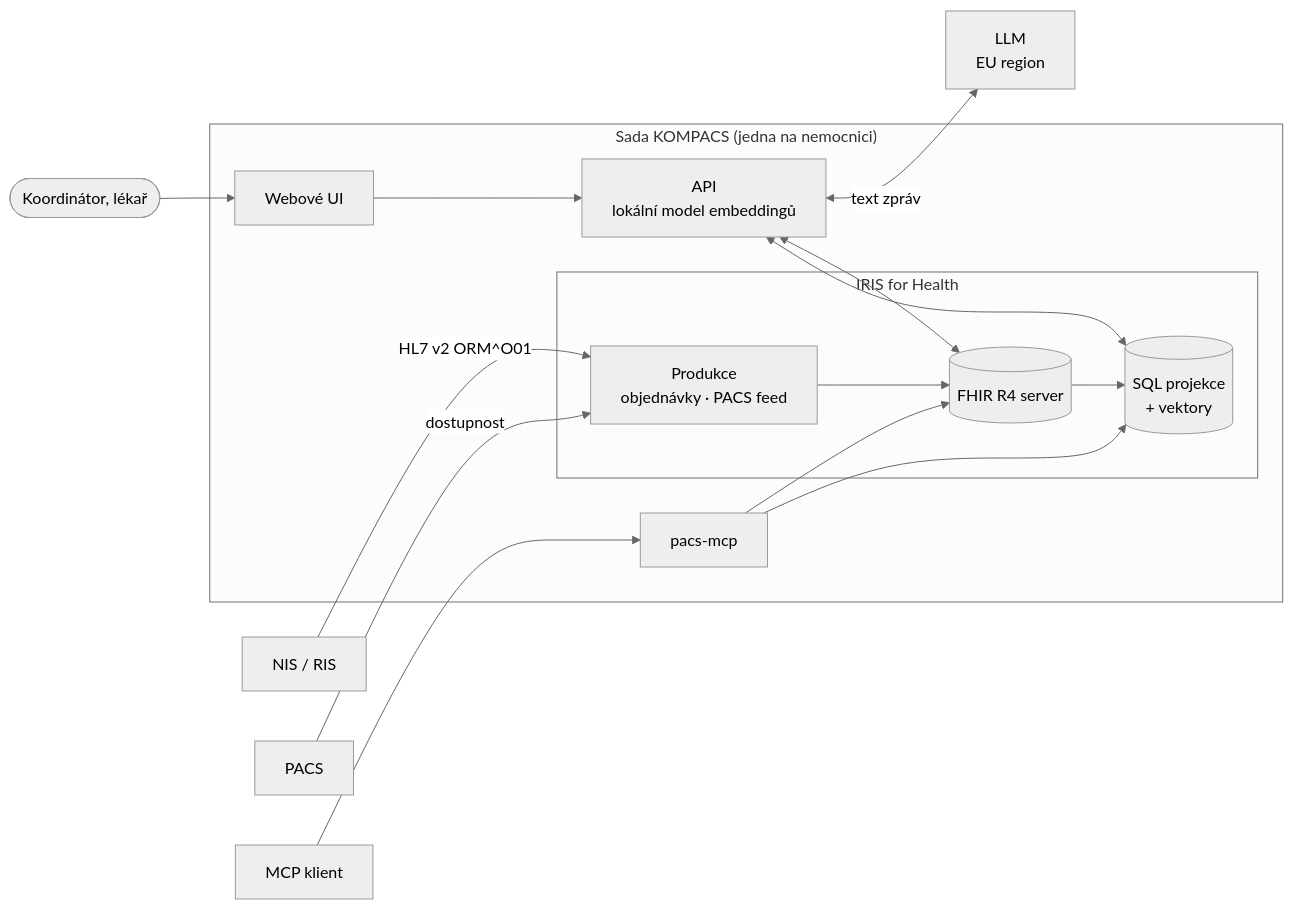
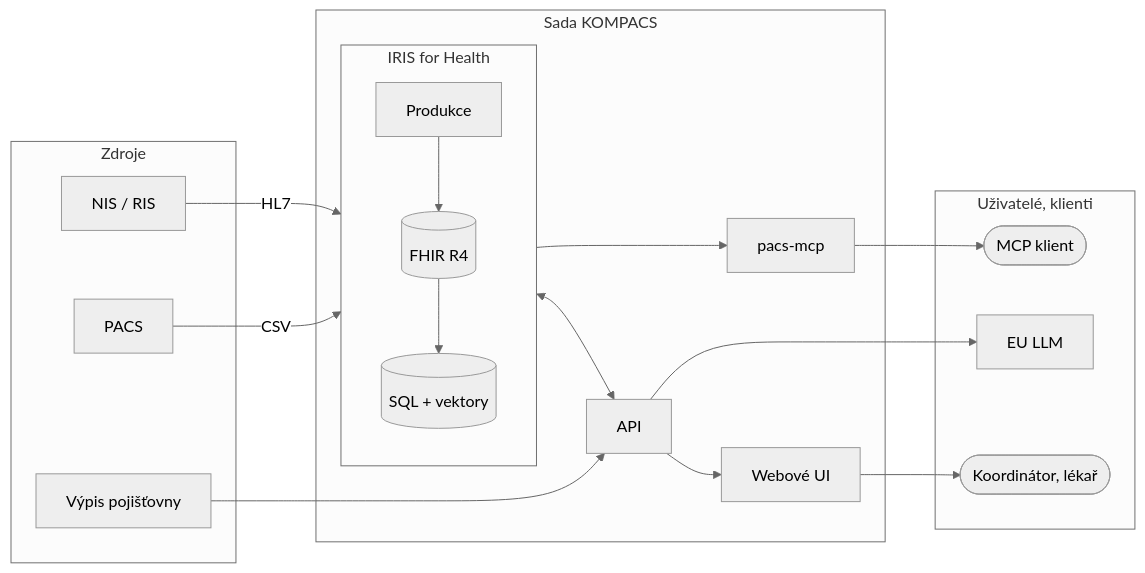
The diagram in src/content/docs/cs/explanation/architecture.md (KomPACS/docs), drawn with Mermaid (neutral theme) before and after one commit. The commit also changed 3 other files, not shown here.

First line of the commit message:
docs: redraw architecture diagram and enlarge Mermaid text

````diff
--- a/src/content/docs/cs/explanation/architecture.md
+++ b/src/content/docs/cs/explanation/architecture.md
@@ -10,29 +10,31 @@
 ```mermaid
 flowchart LR
-  NIS["NIS / RIS"]
-  PACS["PACS"]
-  subgraph STACK["Sada KOMPACS (jedna na nemocnici)"]
+  subgraph SRC["Zdroje"]
+    NIS["NIS / RIS"]
+    PACS["PACS"]
+    INS["Výpis pojišťovny"]
+  end
+  subgraph STACK["Sada KOMPACS"]
     subgraph IRIS["IRIS for Health"]
-      PROD["Produkce<br/>objednávky · PACS feed"]
-      FHIR[("FHIR R4 server")]
-      SQL[("SQL projekce<br/>+ vektory")]
+      direction TB
+      PROD["Produkce"] --> FHIR[("FHIR R4")] --> SQL[("SQL + vektory")]
     end
-    API["API<br/>lokální model embeddingů"]
+    API["API"]
     WEB["Webové UI"]
     MCP["pacs-mcp"]
   end
-  LLM["LLM<br/>EU region"]
-  USER(["Koordinátor, lékař"])
-  AGENT["MCP klient"]
-
-  NIS -->|"HL7 v2 ORM^O01"| PROD
-  PACS -->|"dostupnost"| PROD
-  PROD --> FHIR --> SQL
-  USER --> WEB --> API
-  API <--> FHIR
-  API <--> SQL
-  API <-->|"text zpráv"| LLM
-  AGENT --> MCP
-  MCP --> FHIR
-  MCP --> SQL
+  subgraph OUT["Uživatelé, klienti"]
+    USER(["Koordinátor, lékař"])
+    AGENT(["MCP klient"])
+    LLM["EU LLM"]
+  end
+  NIS -->|HL7| IRIS
+  PACS -->|CSV| IRIS
+  INS --> API
+  IRIS <--> API
+  IRIS --> MCP
+  API --> WEB
+  WEB --> USER
+  MCP --> AGENT
+  API --> LLM
 ```
````
